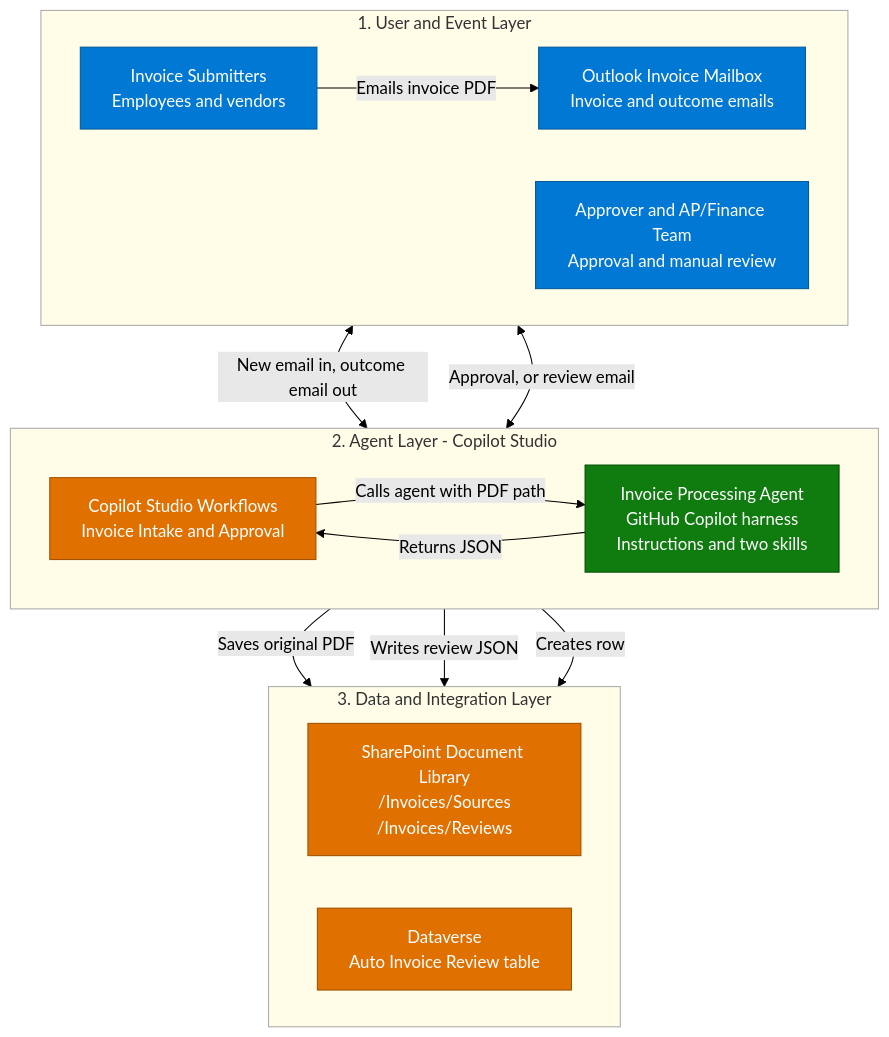
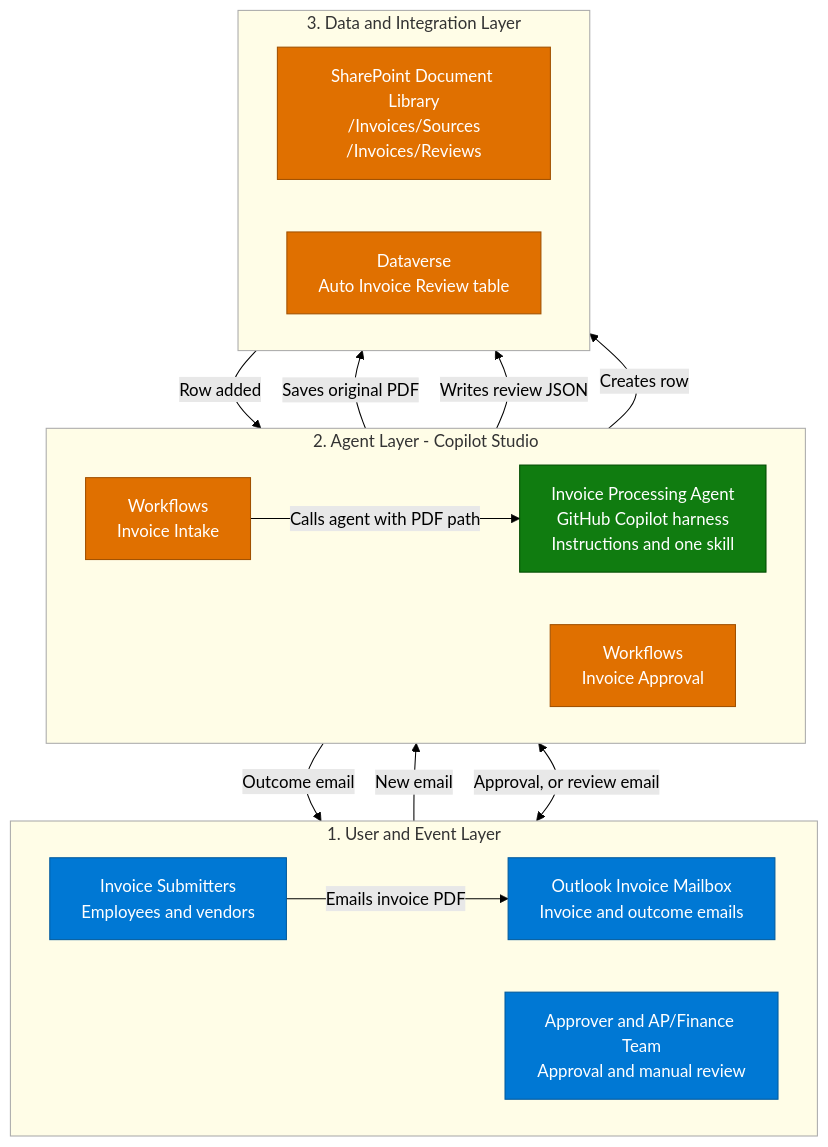
One commit to petepuu/ai-agent-runbooks changed the first of 3 diagrams in 01-scenarios/Autonomous-Invoice-Orchestration-Agent-GHCP/2.Architecture.md. Above: the diagram before and after it, drawn with Mermaid (forest theme). The commit also changed other lines of this file and 11 other files, not shown here.

First line of the commit message:
Split invoice workflow in two and add SubmittedBy Object ID

````diff
--- a/01-scenarios/Autonomous-Invoice-Orchestration-Agent-GHCP/2.Architecture.md
+++ b/01-scenarios/Autonomous-Invoice-Orchestration-Agent-GHCP/2.Architecture.md
@@ -13,39 +13,42 @@
 ```mermaid
 flowchart TB
     subgraph USER["1. User and Event Layer"]
         direction LR
         S["Invoice Submitters<br/>Employees and vendors"]
         M["Outlook Invoice Mailbox<br/>Invoice and outcome emails"]
         R["Approver and AP/Finance Team<br/>Approval and manual review"]
     end
     subgraph AGENT["2. Agent Layer - Copilot Studio"]
         direction LR
-        W["Copilot Studio Workflows<br/>Invoice Intake and Approval"]
-        A["Invoice Processing Agent<br/>GitHub Copilot harness<br/>Instructions and two skills"]
+        WI["Workflows<br/>Invoice Intake"]
+        A["Invoice Processing Agent<br/>GitHub Copilot harness<br/>Instructions and one skill"]
+        WA["Workflows<br/>Invoice Approval"]
     end
     subgraph DATA["3. Data and Integration Layer"]
         direction LR
         SP["SharePoint Document Library<br/>/Invoices/Sources<br/>/Invoices/Reviews"]
         DV["Dataverse<br/>Auto Invoice Review table"]
     end
 
     S -->|"Emails invoice PDF"| M
-    M <-->|"New email in, outcome email out"| W
-    R <-->|"Approval, or review email"| W
-    W -->|"Calls agent with PDF path"| A
-    A -->|"Returns JSON"| W
-    W -->|"Saves original PDF"| SP
+    M -->|"New email"| WI
+    WI -->|"Saves original PDF"| SP
+    WI -->|"Calls agent with PDF path"| A
     A -->|"Writes review JSON"| SP
     A -->|"Creates row"| DV
+    DV -->|"Row added"| WA
+    R <-->|"Approval, or review email"| WA
+    WA -->|"Outcome email"| M
 
     style S fill:#0078D4,color:#fff,stroke:#005A9E
     style M fill:#0078D4,color:#fff,stroke:#005A9E
     style R fill:#0078D4,color:#fff,stroke:#005A9E
     style A fill:#107C10,color:#fff,stroke:#004B00
-    style W fill:#E07000,color:#fff,stroke:#A05000
+    style WI fill:#E07000,color:#fff,stroke:#A05000
+    style WA fill:#E07000,color:#fff,stroke:#A05000
     style SP fill:#E07000,color:#fff,stroke:#A05000
     style DV fill:#E07000,color:#fff,stroke:#A05000
     style USER fill:#fffde7,stroke:#aaa
     style AGENT fill:#fffde7,stroke:#aaa
     style DATA fill:#fffde7,stroke:#aaa
 ```
````
